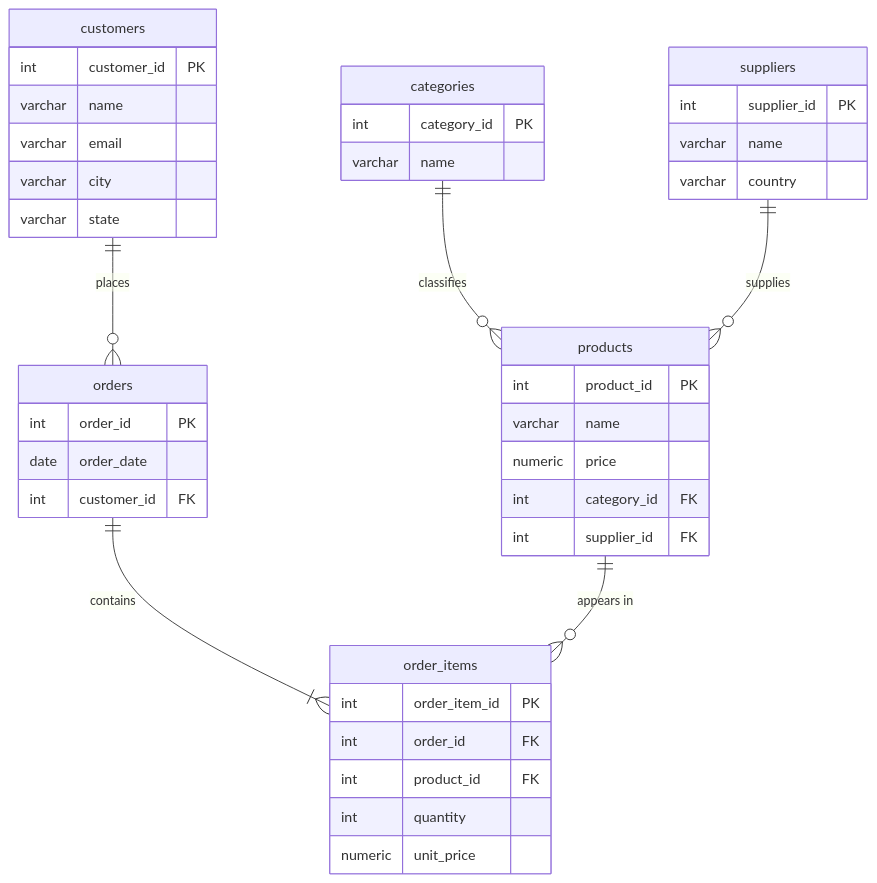
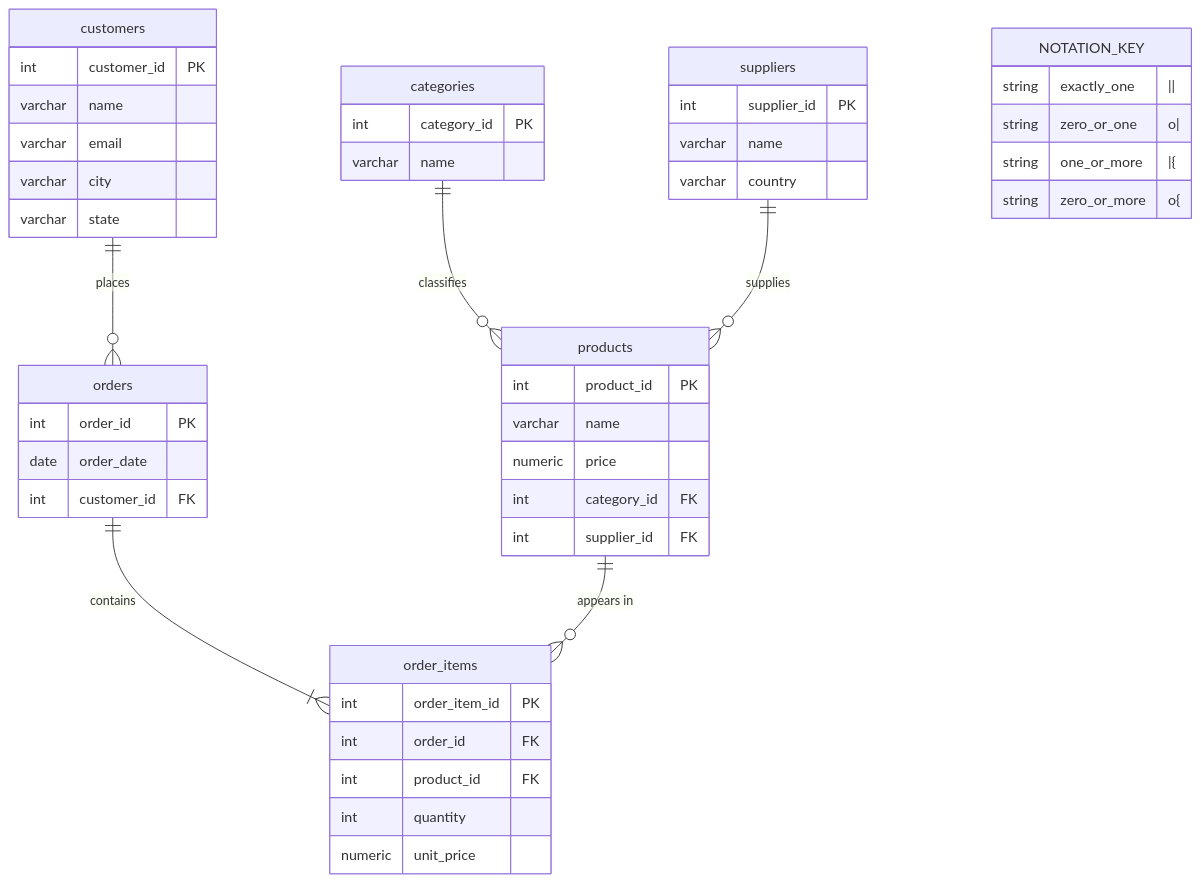
Before and after one commit to nepdave/mds: the diagram in data_503/midterm/README.md, drawn with Mermaid. The commit also changed other lines of this file and 1 other file, not shown here.

````diff
--- a/data_503/midterm/README.md
+++ b/data_503/midterm/README.md
@@ -75,49 +77,56 @@
 ```mermaid
 erDiagram
     customers {
         int customer_id PK
         varchar name
         varchar email
         varchar city
         varchar state
     }
 
     suppliers {
         int supplier_id PK
         varchar name
         varchar country
     }
 
     categories {
         int category_id PK
         varchar name
     }
 
     products {
         int product_id PK
         varchar name
         numeric price
         int category_id FK
         int supplier_id FK
     }
 
     orders {
         int order_id PK
         date order_date
         int customer_id FK
     }
 
     order_items {
         int order_item_id PK
         int order_id FK
         int product_id FK
         int quantity
         numeric unit_price
     }
 
     customers ||--o{ orders : "places"
     orders ||--|{ order_items : "contains"
     products ||--o{ order_items : "appears in"
     categories ||--o{ products : "classifies"
     suppliers ||--o{ products : "supplies"
+
+    NOTATION_KEY {
+        string exactly_one "||"
+        string zero_or_one "o|"
+        string one_or_more "|{"
+        string zero_or_more "o{"
+    }
 ```
````
